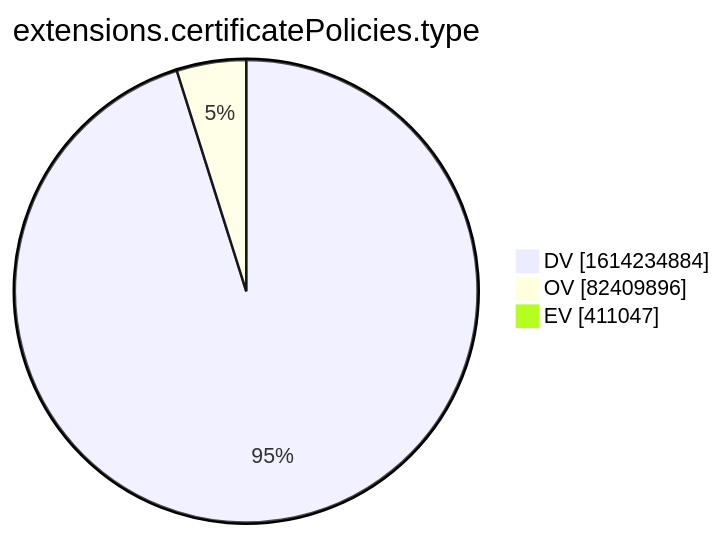
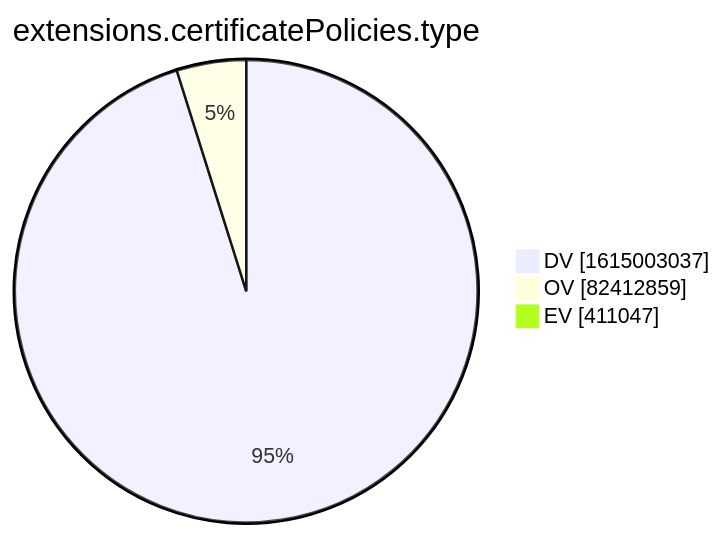
Before and after one commit to christiankrug/ctmonitor_visualization: the tenth of 15 diagrams in xenon2022/README.md, drawn with Mermaid. The commit also changed other lines of this file, not shown here.

````diff
--- a/xenon2022/README.md
+++ b/xenon2022/README.md
@@ -2878,7 +2878,7 @@
 ```mermaid
 pie showData
 title extensions.certificatePolicies.type
-"DV" :1614234884
-"OV" :82409896
+"DV" :1615003037
+"OV" :82412859
 "EV" :411047
 ```
````
